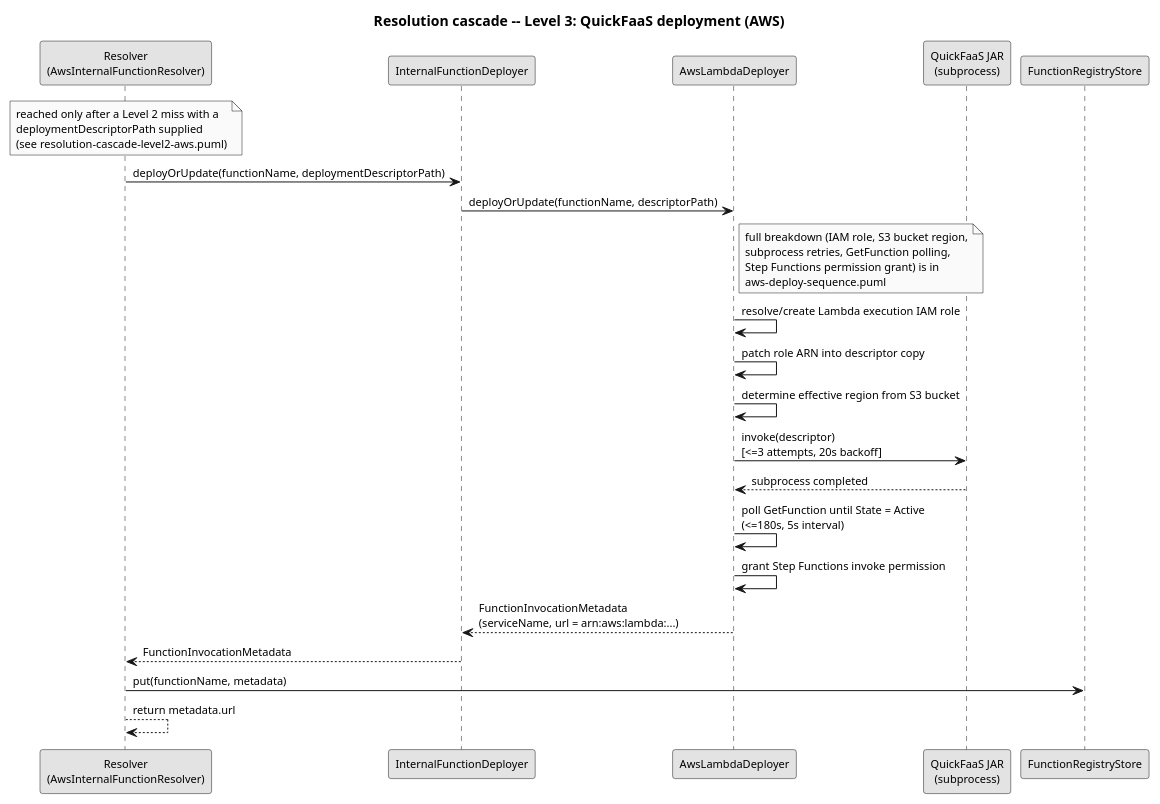
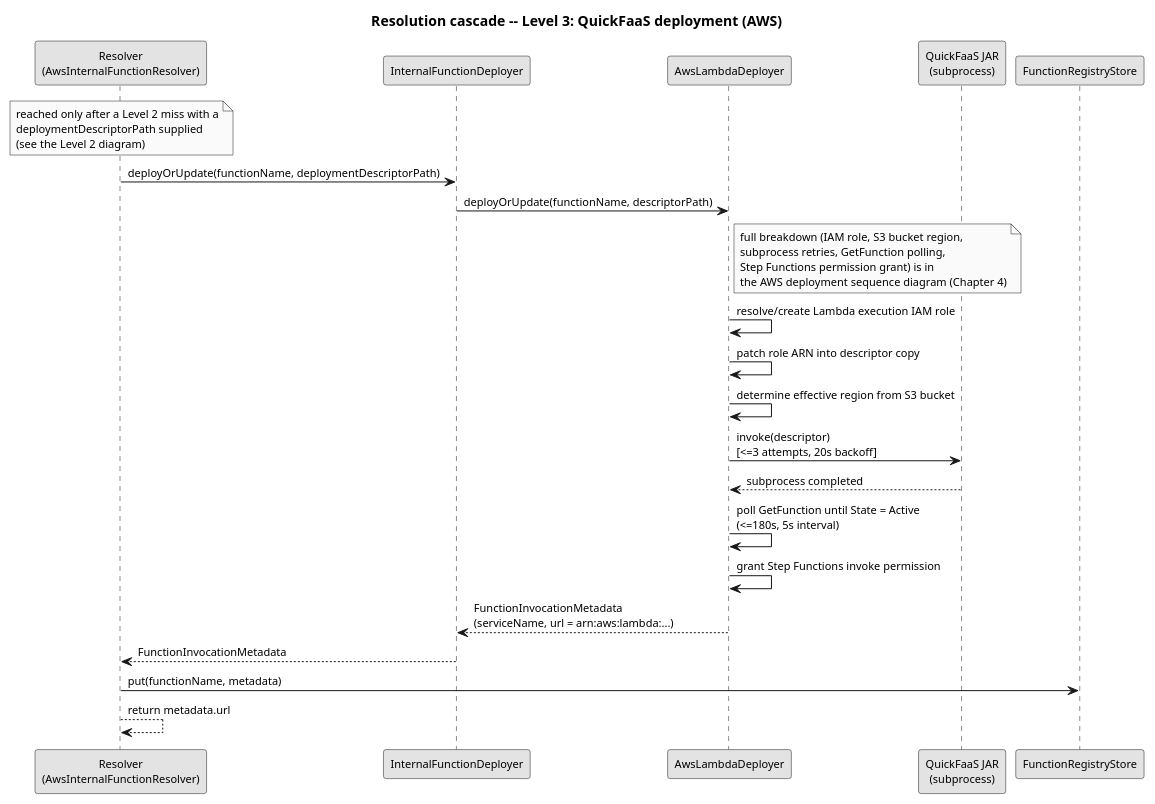
Before and after one commit to EngenheiroPedroCarvalho/ISEL-Thesis-2526: the diagram in diagrams/resolution-cascade-level3-aws.puml, drawn with PlantUML. The commit also changed 28 other files, not shown here.

First line of the commit message:
Align the thesis diagrams with the code and the text

```diff
--- a/diagrams/resolution-cascade-level3-aws.puml
+++ b/diagrams/resolution-cascade-level3-aws.puml
@@ -1,39 +1,39 @@
 @startuml resolution-cascade-level3-aws
 skinparam monochrome true
 skinparam shadowing false
 skinparam defaultFontSize 11
 title Resolution cascade -- Level 3: QuickFaaS deployment (AWS)
 
 participant "Resolver\n(AwsInternalFunctionResolver)" as R
 participant "InternalFunctionDeployer" as D
 participant "AwsLambdaDeployer" as ALD
 participant "QuickFaaS JAR\n(subprocess)" as QF
 participant "FunctionRegistryStore" as REG
 
 note over R
   reached only after a Level 2 miss with a
   deploymentDescriptorPath supplied
-  (see resolution-cascade-level2-aws.puml)
+  (see the Level 2 diagram)
 end note
 
 R -> D : deployOrUpdate(functionName, deploymentDescriptorPath)
 D -> ALD : deployOrUpdate(functionName, descriptorPath)
 note right of ALD
   full breakdown (IAM role, S3 bucket region,
   subprocess retries, GetFunction polling,
   Step Functions permission grant) is in
-  aws-deploy-sequence.puml
+  the AWS deployment sequence diagram (Chapter 4)
 end note
 ALD -> ALD : resolve/create Lambda execution IAM role
 ALD -> ALD : patch role ARN into descriptor copy
 ALD -> ALD : determine effective region from S3 bucket
 ALD -> QF : invoke(descriptor)\n[<=3 attempts, 20s backoff]
 QF --> ALD : subprocess completed
 ALD -> ALD : poll GetFunction until State = Active\n(<=180s, 5s interval)
 ALD -> ALD : grant Step Functions invoke permission
 ALD --> D : FunctionInvocationMetadata\n(serviceName, url = arn:aws:lambda:...)
 
 D --> R : FunctionInvocationMetadata
 R -> REG : put(functionName, metadata)
 R --> R : return metadata.url
 @enduml
```
